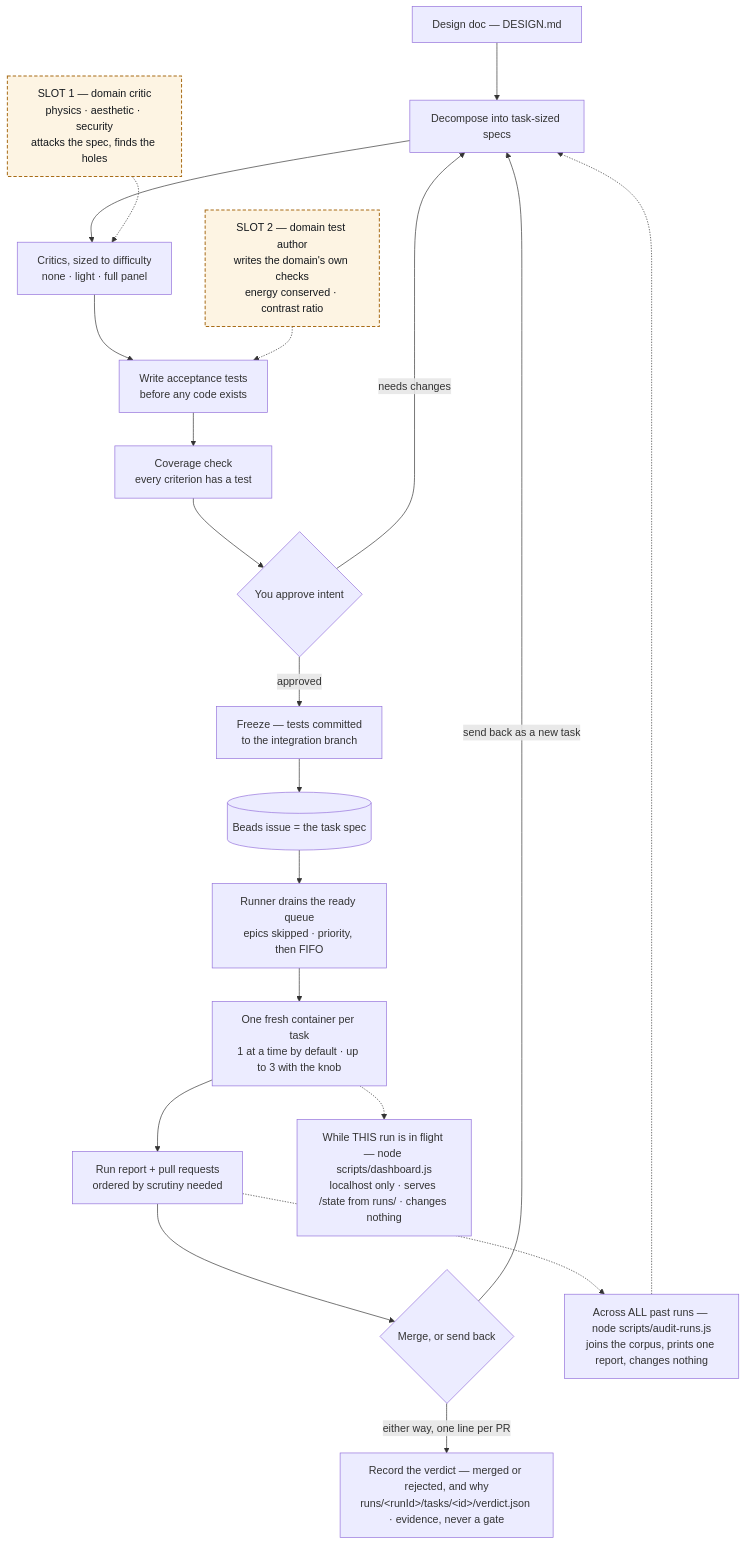
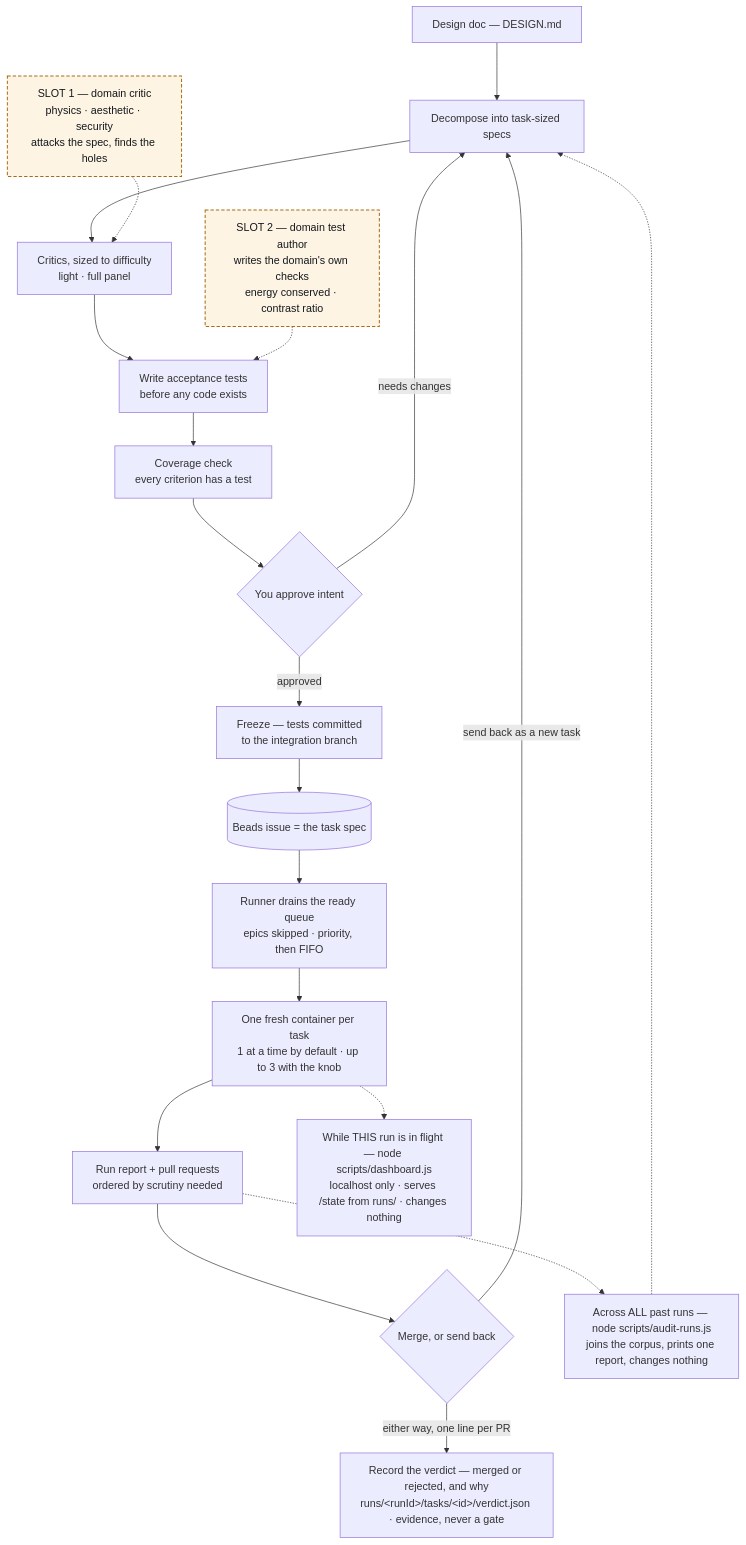
Before and after one commit to Chadleewalker/Multi-AgentPipelines: the first of 5 diagrams in docs/pipeline-diagram.md, drawn with Mermaid. The commit also changed 1 other file, not shown here.

Commit message:
Park the test-author charter idea, and drop a stale critic tier from the diagram
Two documentation changes, no code.

`docs/IDEAS.md` gains one inbox entry: give `PLANNING.md` step 3 (writing the
frozen acceptance tests) its own charter and fresh context, the same move already
made for criteria drafting in step 1b. The entry carries its own counter-argument,
and states explicitly that this is NOT §3.5 slot 2 — that slot is a domain
specialist, this is the generic step every spec goes through — so it does not read
as duplicating a decided design section.

`docs/pipeline-diagram.md` drops `none ·` from the critics node. Change-log row
`spec-panel-below-line` removed the zero-critic tier; the diagram was never
updated. The reader map (`docs/pipeline-map.html`) already said only "Critics
attack each spec", so it needed no edit and the built copy needs no rebuild.

Verified: `scripts/test-sanitize.sh` and `scripts/test-changelog.sh` both pass.

````diff
--- a/docs/pipeline-diagram.md
+++ b/docs/pipeline-diagram.md
@@ -14,25 +14,25 @@
 ```mermaid
 flowchart TB
   A["Design doc — DESIGN.md"] --> B["Decompose into task-sized specs"]
-  B --> C["Critics, sized to difficulty<br/>none · light · full panel"]
+  B --> C["Critics, sized to difficulty<br/>light · full panel"]
   SP1["SLOT 1 — domain critic<br/>physics · aesthetic · security<br/>attacks the spec, finds the holes"] -.-> C
   C --> D["Write acceptance tests<br/>before any code exists"]
   SP2["SLOT 2 — domain test author<br/>writes the domain's own checks<br/>energy conserved · contrast ratio"] -.-> D
   D --> E["Coverage check<br/>every criterion has a test"]
   E --> F{"You approve intent"}
   F -->|"needs changes"| B
   F -->|"approved"| G["Freeze — tests committed<br/>to the integration branch"]
   G --> H[("Beads issue = the task spec")]
   H --> I["Runner drains the ready queue<br/>epics skipped · priority, then FIFO"]
   I --> J["One fresh container per task<br/>1 at a time by default · up to 3 with the knob"]
   J --> K["Run report + pull requests<br/>ordered by scrutiny needed"]
   K --> L{"Merge, or send back"}
   L -->|"send back as a new task"| B
   L -->|"either way, one line per PR"| VD["Record the verdict — merged or rejected, and why<br/>runs/&lt;runId&gt;/tasks/&lt;id&gt;/verdict.json · evidence, never a gate"]
   K -.-> AUD["Across ALL past runs — node scripts/audit-runs.js<br/>joins the corpus, prints one report, changes nothing"]
   AUD -.-> B
   J -.-> DASH["While THIS run is in flight — node scripts/dashboard.js<br/>localhost only · serves /state from runs/ · changes nothing"]
 
   classDef specialist fill:#fdf4e3,stroke:#a86c17,stroke-width:1.5px,stroke-dasharray:5 3,color:#14181d
   class SP1,SP2 specialist
 ```
````
